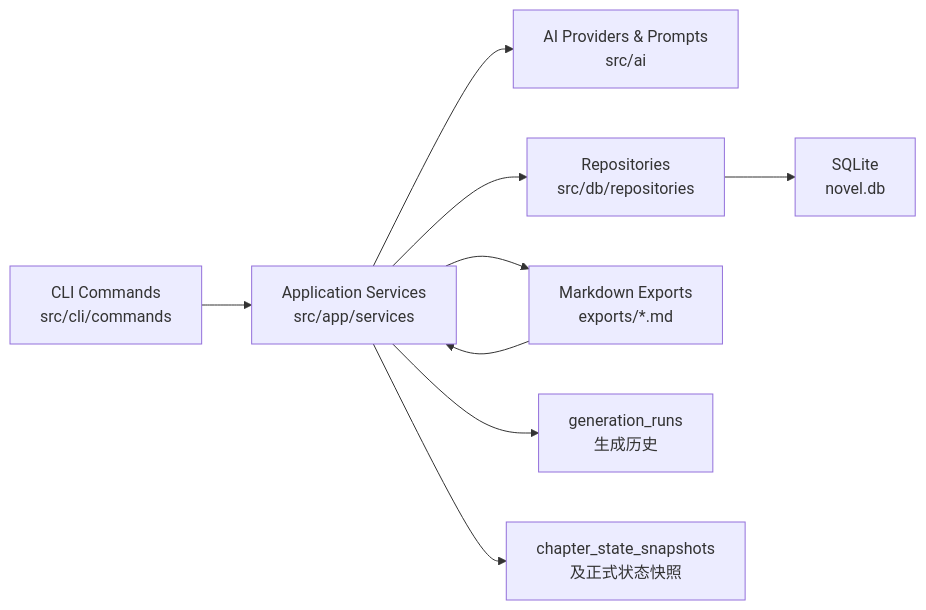
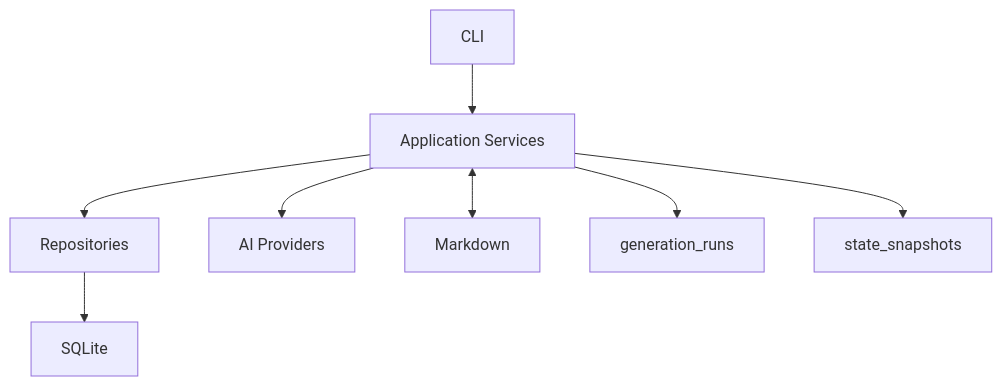
One commit to housirvip/hai-novel changed the first of 4 diagrams in README.md. Above: the diagram before and after it, drawn with Mermaid. The commit also changed other lines of this file, not shown here.

First line of the commit message:
docs: 更新架构图与流程文档以简化说明

````diff
--- a/README.md
+++ b/README.md
@@ -39,11 +39,10 @@
 ```mermaid
-flowchart LR
-  CLI["CLI Commands\nsrc/cli/commands"] --> APP["Application Services\nsrc/app/services"]
-  APP --> AI["AI Providers & Prompts\nsrc/ai"]
-  APP --> REPO["Repositories\nsrc/db/repositories"]
-  REPO --> DB["SQLite\nnovel.db"]
-  APP --> FS["Markdown Exports\nexports/*.md"]
-  FS --> APP
-  APP --> RUN["generation_runs\n生成历史"]
-  APP --> SNAP["chapter_state_snapshots\n及正式状态快照"]
+flowchart TD
+  CLI["CLI"] --> APP["Application Services"]
+  APP --> REPO["Repositories"]
+  REPO --> DB["SQLite"]
+  APP --> AI["AI Providers"]
+  APP <--> FS["Markdown"]
+  APP --> RUN["generation_runs"]
+  APP --> SNAP["state_snapshots"]
 ```
````
